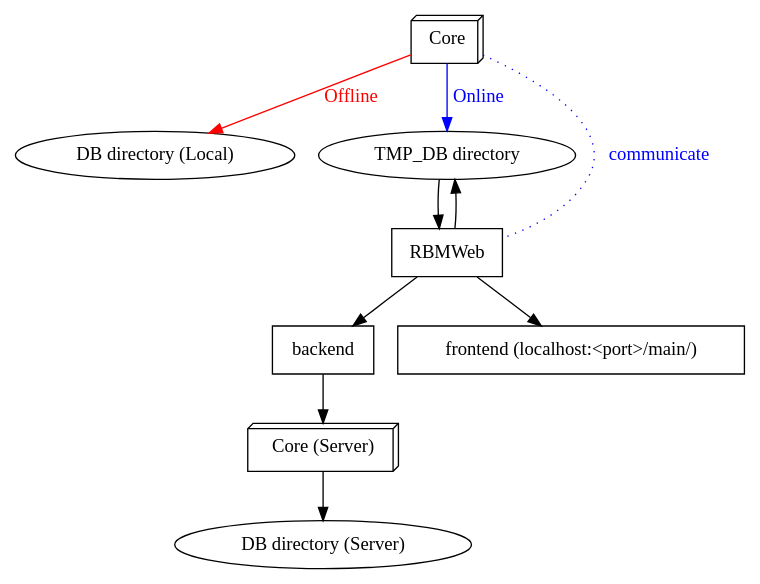
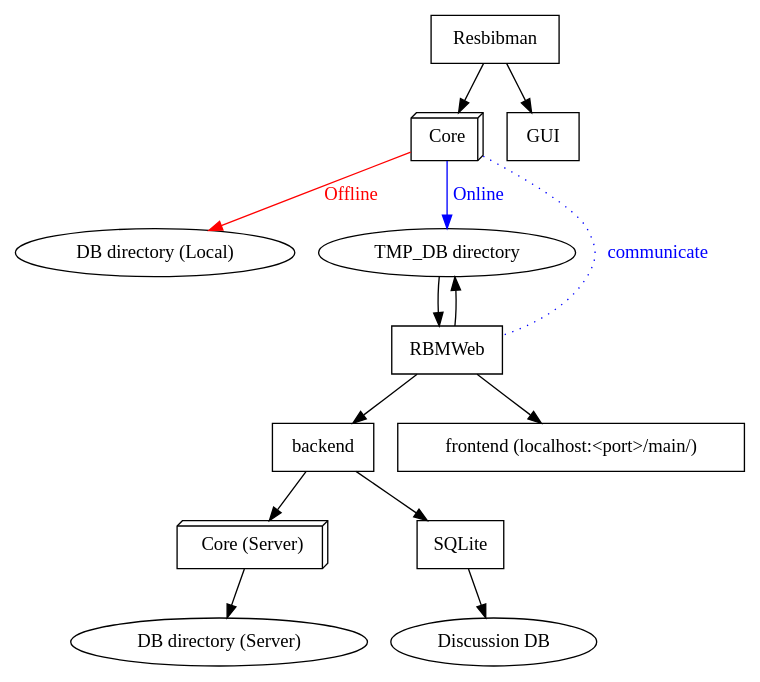
The second of 2 diagrams in 开发说明.md (MenxLi/Lires), drawn with Graphviz before and after one commit. The commit also changed other lines of this file, not shown here.

Commit message:
doc: graph update, again

````diff
--- a/开发说明.md
+++ b/开发说明.md
@@ -60,28 +60,34 @@
 ```dot
 digraph FileGraph{
     node [shape=box]
     compound=true
     "Core" [shape=box3d]
     "Core (Server)" [shape=box3d]
     "DB directory (Server)" [shape=oval]
     "DB directory (Local)" [shape=oval]
     "TMP_DB directory" [shape=oval]
+    "Discussion DB" [shape=oval]
+
+    subgraph RBM {
+        Resbibman -> Core
+        Resbibman -> GUI
+    }
 
     subgraph Online{
-        RBMWeb -> backend -> "Core (Server)" -> "DB directory (Server)"
         Core -> "TMP_DB directory" [label="Online", color=blue, fontcolor=blue]
         Core -> RBMWeb [dir=none, style=dotted, label="communicate", color=blue, fontcolor=blue]
         RBMWeb -> "TMP_DB directory"
         "TMP_DB directory" -> RBMWeb
+        RBMWeb -> backend -> "Core (Server)" -> "DB directory (Server)"
+        backend -> SQLite -> "Discussion DB"
         RBMWeb -> "frontend (localhost:<port>/main/)"
     }
 
     subgraph Offline{
         edge [color=red fontcolor=red]
         Core -> "DB directory (Local)" [label="Offline"]
-
     }
 
     # "DB directory (Local)" -> "DB directory (Server)" [dir=none, style=dotted, label="getConfV('database')"]
 }
 ```
````
